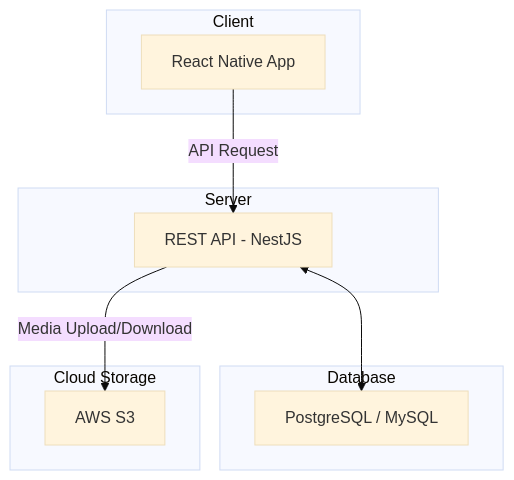
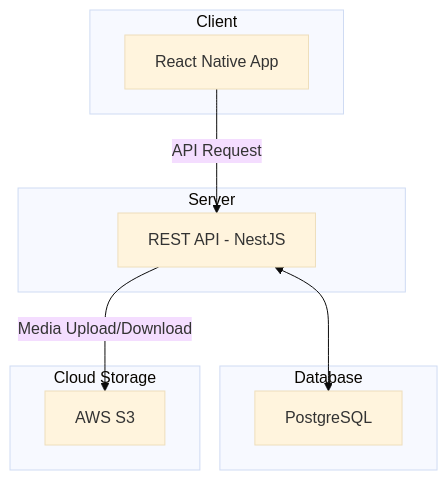
The diagram in README.md (yomce/Recho), drawn with Mermaid (base theme) before and after one commit. The commit also changed other lines of this file, not shown here.

````diff
--- a/README.md
+++ b/README.md
@@ -67,22 +67,22 @@
 ```mermaid
 graph TD
     subgraph Client
         A[React Native App]
     end
 
     subgraph Server
         B[REST API - NestJS]
     end
 
     subgraph Database
-        C[PostgreSQL / MySQL]
+        C[PostgreSQL]
     end
 
     subgraph Cloud Storage
         D[AWS S3]
     end
 
     A -- API Request --> B
     B <--> C
     B -- Media Upload/Download --> D
 ```
````
